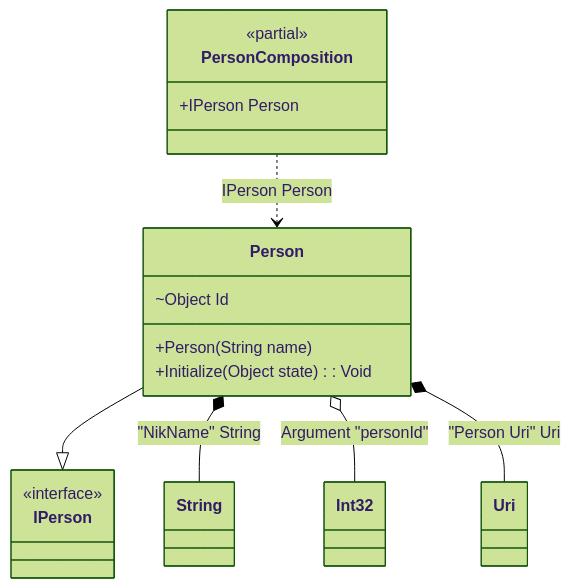
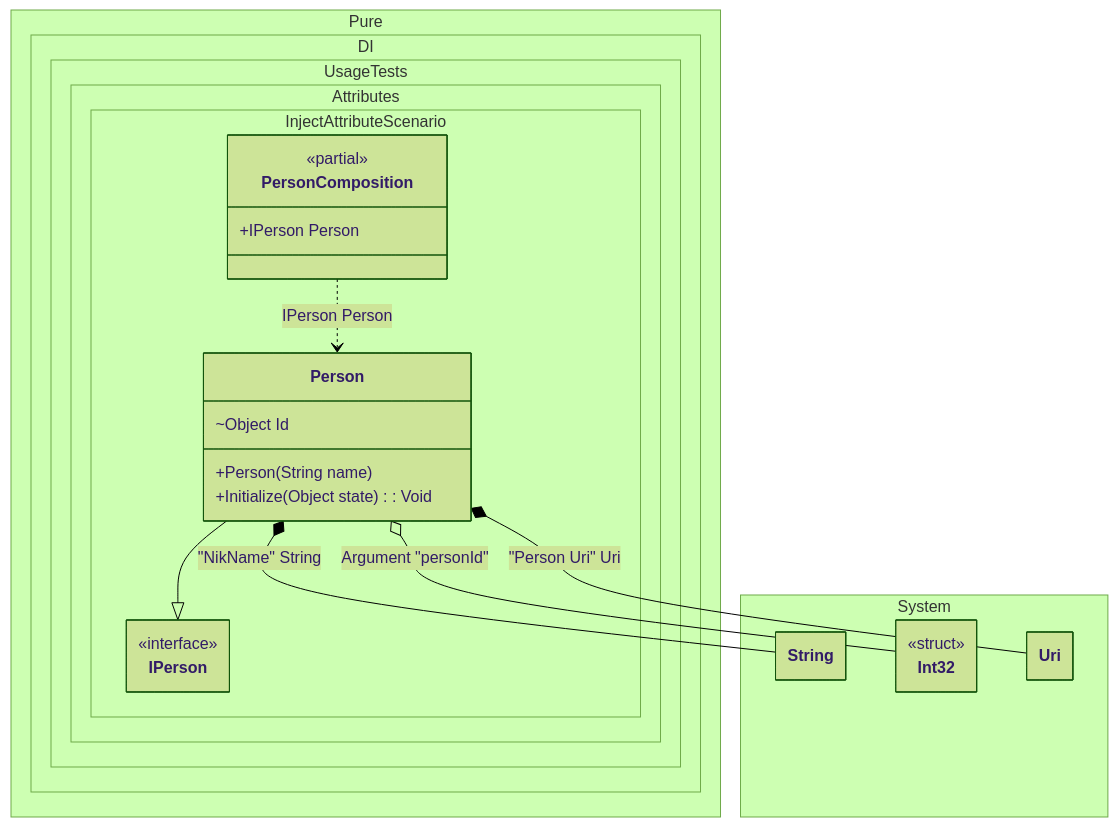
The diagram in readme/inject-attribute.md (DevTeam/Pure.DI), drawn with Mermaid (forest theme) before and after one commit. The commit also changed 103 other files, not shown here.

Commit message:
Improved class diagrams

````diff
--- a/readme/inject-attribute.md
+++ b/readme/inject-attribute.md
@@ -87,23 +87,36 @@
 ```mermaid
+---
+ config:
+  class:
+   hideEmptyMembersBox: true
+---
 classDiagram
-	class PersonComposition {
-		<<partial>>
-		+IPerson Person
-	}
 	Person --|> IPerson
-	class Person {
-		+Person(String name)
-		~Object Id
-		+Initialize(Object state) : Void
-	}
-	class String
-	class Int32
-	class Uri
-	class IPerson {
-		<<interface>>
-	}
 	PersonComposition ..> Person : IPerson Person
 	Person *--  String : "NikName"  String
 	Person o-- Int32 : Argument "personId"
 	Person *--  Uri : "Person Uri"  Uri
+	namespace Pure.DI.UsageTests.Attributes.InjectAttributeScenario {
+		class IPerson {
+			<<interface>>
+		}
+		class Person {
+			+Person(String name)
+			~Object Id
+			+Initialize(Object state) : Void
+		}
+		class PersonComposition {
+		<<partial>>
+		+IPerson Person
+		}
+	}
+	namespace System {
+		class Int32 {
+				<<struct>>
+		}
+		class String {
+		}
+		class Uri {
+		}
+	}
 ```
````
